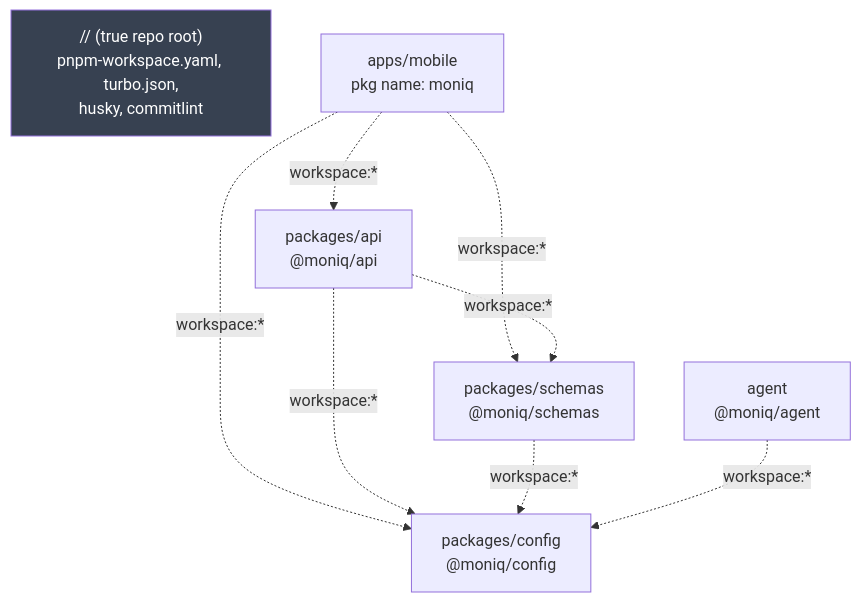
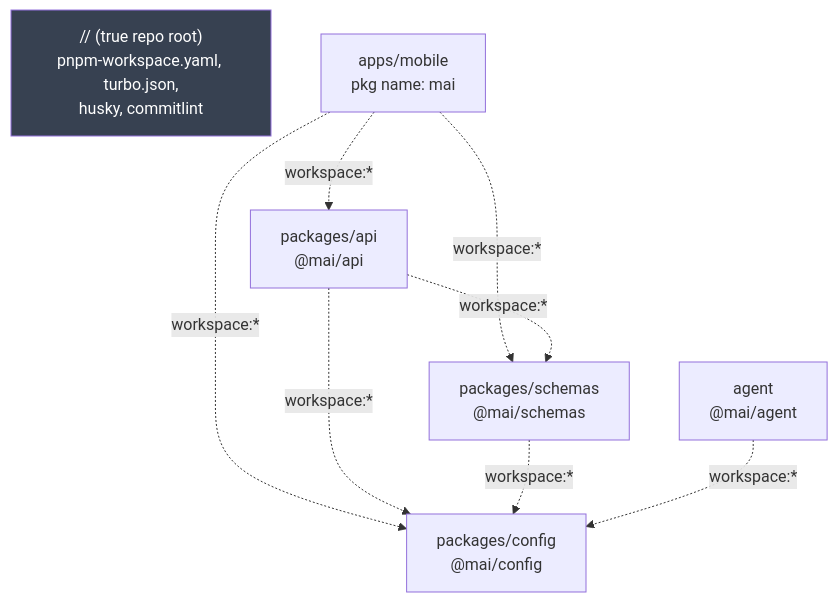
One commit to l-legren/mai changed the first of 2 diagrams in README.md. Above: the diagram before and after it, drawn with Mermaid. The commit also changed other lines of this file and 12 other files, not shown here.

First line of the commit message:
chore(docs): rename moniq to mai across docs and local config

````diff
--- a/README.md
+++ b/README.md
@@ -62,19 +62,19 @@
 ```mermaid
 flowchart TB
     ROOT["// (true repo root)<br/>pnpm-workspace.yaml, turbo.json,<br/>husky, commitlint"]
-    APP["apps/mobile<br/>pkg name: moniq"]
-    API["packages/api<br/>@moniq/api"]
-    SCHEMAS["packages/schemas<br/>@moniq/schemas"]
-    CONFIG["packages/config<br/>@moniq/config"]
-    AGENT["agent<br/>@moniq/agent"]
+    APP["apps/mobile<br/>pkg name: mai"]
+    API["packages/api<br/>@mai/api"]
+    SCHEMAS["packages/schemas<br/>@mai/schemas"]
+    CONFIG["packages/config<br/>@mai/config"]
+    AGENT["agent<br/>@mai/agent"]
 
     APP -.->|workspace:*| API
     APP -.->|workspace:*| SCHEMAS
     APP -.->|workspace:*| CONFIG
     API -.->|workspace:*| SCHEMAS
     API -.->|workspace:*| CONFIG
     SCHEMAS -.->|workspace:*| CONFIG
     AGENT -.->|workspace:*| CONFIG
 
     style ROOT fill:#374151,color:#fff
 ```
````
